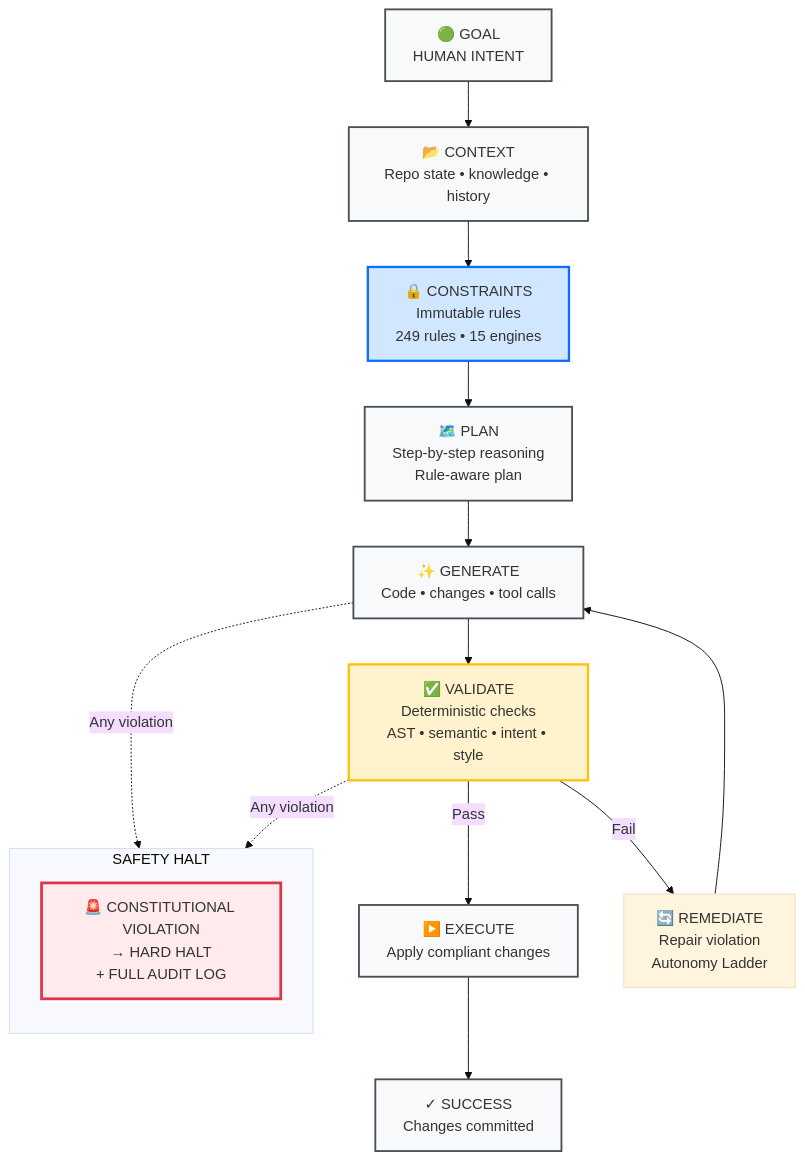
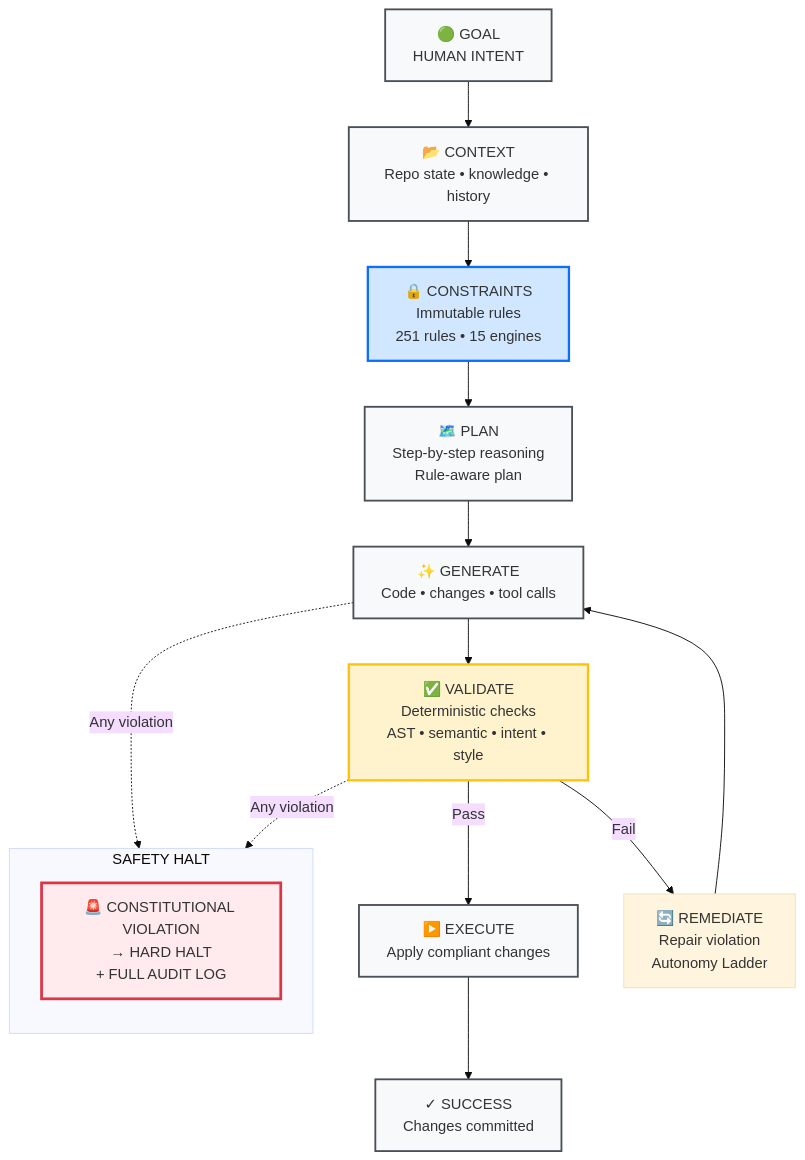
One commit to DariuszNewecki/CORE changed the diagram in README.md. Above: the diagram before and after it, drawn with Mermaid (base theme). The commit also changed other lines of this file and 1 other file, not shown here.

Commit message:
docs: re-derive README rule counts from source (#631)
Rule/mapped/rule-doc counts drifted (249->251 rules, 54->55 rule docs)
as the corpus grew since the last manual sync. Verified against
scripts/check_readme_counts.sh.

````diff
--- a/README.md
+++ b/README.md
@@ -134,30 +134,30 @@
 ```mermaid
 flowchart TD
     A["🟢 GOAL\nHUMAN INTENT"] --> B["📂 CONTEXT\nRepo state • knowledge • history"]
-    B --> C["🔒 CONSTRAINTS\nImmutable rules\n249 rules • 15 engines"]
+    B --> C["🔒 CONSTRAINTS\nImmutable rules\n251 rules • 15 engines"]
     C --> D["🗺️ PLAN\nStep-by-step reasoning\nRule-aware plan"]
     D --> E["✨ GENERATE\nCode • changes • tool calls"]
     E --> F["✅ VALIDATE\nDeterministic checks\nAST • semantic • intent • style"]
     F -->|Pass| G["▶️ EXECUTE\nApply compliant changes"]
     F -->|Fail| H["🔄 REMEDIATE\nRepair violation\nAutonomy Ladder"]
     H --> E
     G --> I["✓ SUCCESS\nChanges committed"]
 
     subgraph "SAFETY HALT"
         direction TB
         J["🚨 CONSTITUTIONAL VIOLATION\n→ HARD HALT\n+ FULL AUDIT LOG"]
     end
 
     E -.->|Any violation| J
     F -.->|Any violation| J
 
     classDef phase      fill:#f8f9fa,stroke:#495057,stroke-width:2px
     classDef constraint fill:#d1e7ff,stroke:#0d6efd,stroke-width:2.5px
     classDef validate   fill:#fff3cd,stroke:#ffc107,stroke-width:2.5px
     classDef halt       fill:#ffebee,stroke:#dc3545,stroke-width:3px
 
     class A,B,D,E,G,I phase
     class C constraint
     class F validate
     class J halt
 ```
````
